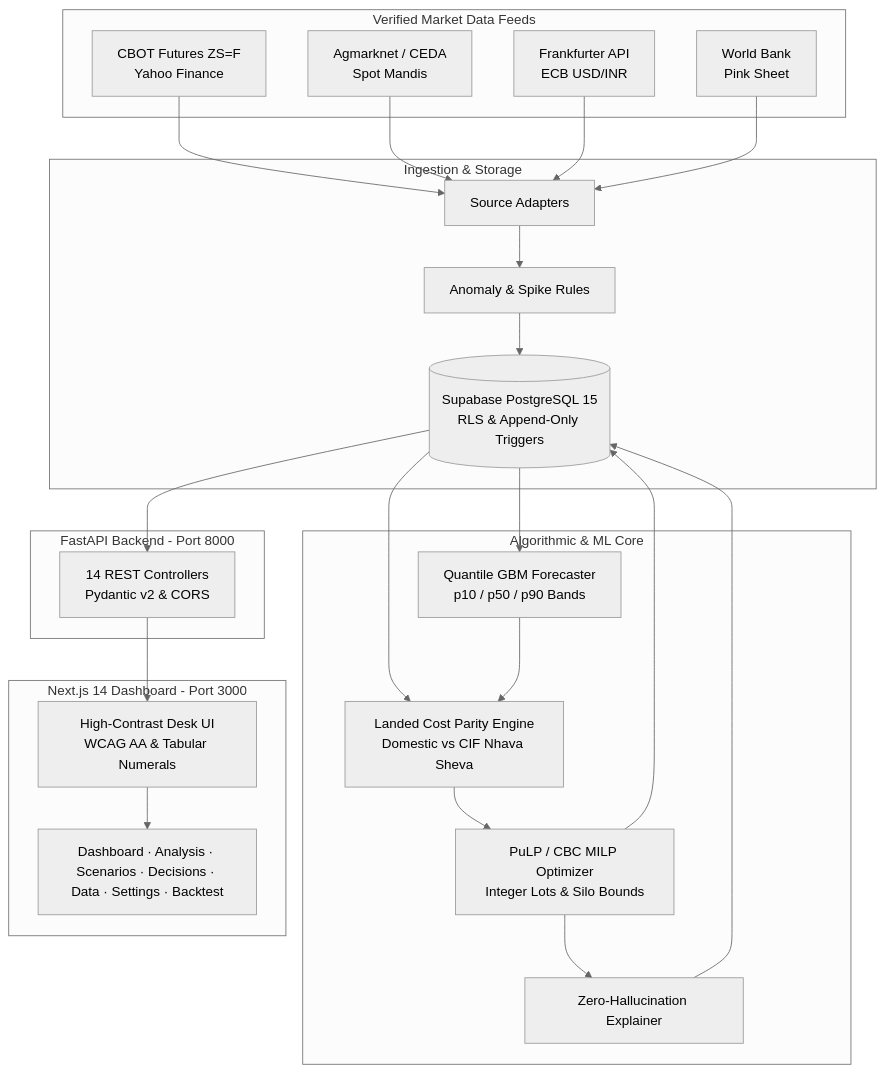
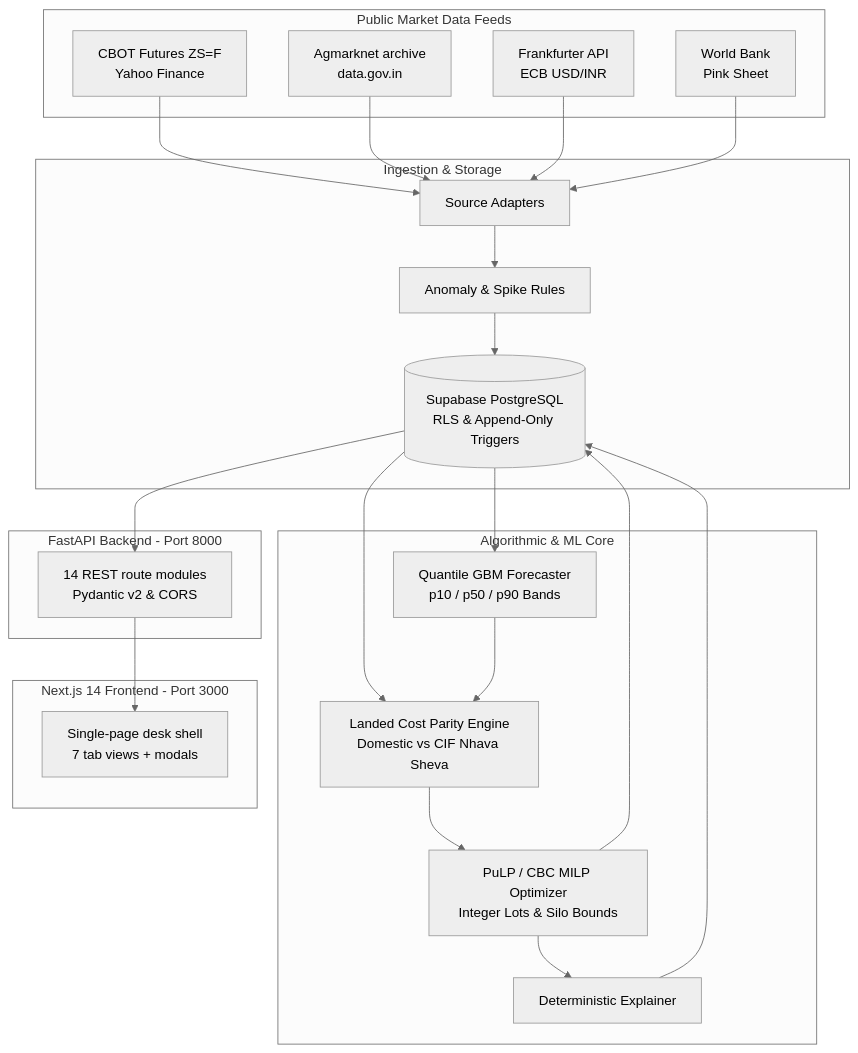
Before and after one commit to Lohith848/SoyBuy: the diagram in README.md, drawn with Mermaid (neutral theme). The commit also changed other lines of this file and 14 other files, not shown here.

First line of the commit message:
docs: rebuild README and architecture docs from verified runtime output

````diff
--- a/README.md
+++ b/README.md
@@ -72,50 +66,48 @@
 ```mermaid
 graph TB
-    subgraph DataFeeds [Verified Market Data Feeds]
+    subgraph DataFeeds [Public Market Data Feeds]
         CBOT[CBOT Futures ZS=F<br/>Yahoo Finance]
-        Mandi[Agmarknet / CEDA<br/>Spot Mandis]
+        Mandi[Agmarknet archive<br/>data.gov.in]
         FX[Frankfurter API<br/>ECB USD/INR]
         WB[World Bank<br/>Pink Sheet]
     end
 
     subgraph DataLayer [Ingestion & Storage]
         Adapters[Source Adapters]
         Quality[Anomaly & Spike Rules]
-        DB[(Supabase PostgreSQL 15<br/>RLS & Append-Only Triggers)]
+        DB[(Supabase PostgreSQL<br/>RLS & Append-Only Triggers)]
     end
 
     subgraph MLCore [Algorithmic & ML Core]
         FC[Quantile GBM Forecaster<br/>p10 / p50 / p90 Bands]
         LC[Landed Cost Parity Engine<br/>Domestic vs CIF Nhava Sheva]
         OPT[PuLP / CBC MILP Optimizer<br/>Integer Lots & Silo Bounds]
-        EXP[Zero-Hallucination Explainer]
+        EXP[Deterministic Explainer]
     end
 
     subgraph API [FastAPI Backend - Port 8000]
-        Router[14 REST Controllers<br/>Pydantic v2 & CORS]
+        Router[14 REST route modules<br/>Pydantic v2 & CORS]
     end
 
-    subgraph Web [Next.js 14 Dashboard - Port 3000]
-        Shell[High-Contrast Desk UI<br/>WCAG AA & Tabular Numerals]
-        Pages[Dashboard · Analysis · Scenarios · Decisions · Data · Settings · Backtest]
+    subgraph Web [Next.js 14 Frontend - Port 3000]
+        Shell[Single-page desk shell<br/>7 tab views + modals]
     end
 
     CBOT --> Adapters
     Mandi --> Adapters
     FX --> Adapters
     WB --> Adapters
     Adapters --> Quality
     Quality --> DB
 
     DB --> FC
     DB --> LC
     FC --> LC
     LC --> OPT
     OPT --> EXP
     EXP --> DB
     OPT --> DB
 
     DB --> Router
     Router --> Shell
-    Shell --> Pages
 ```
````
